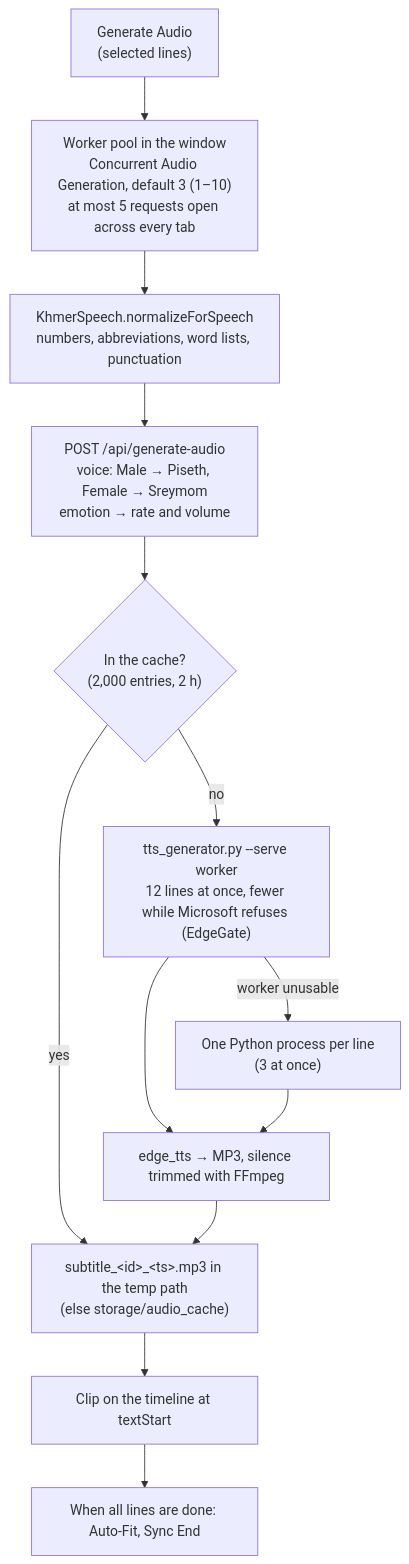
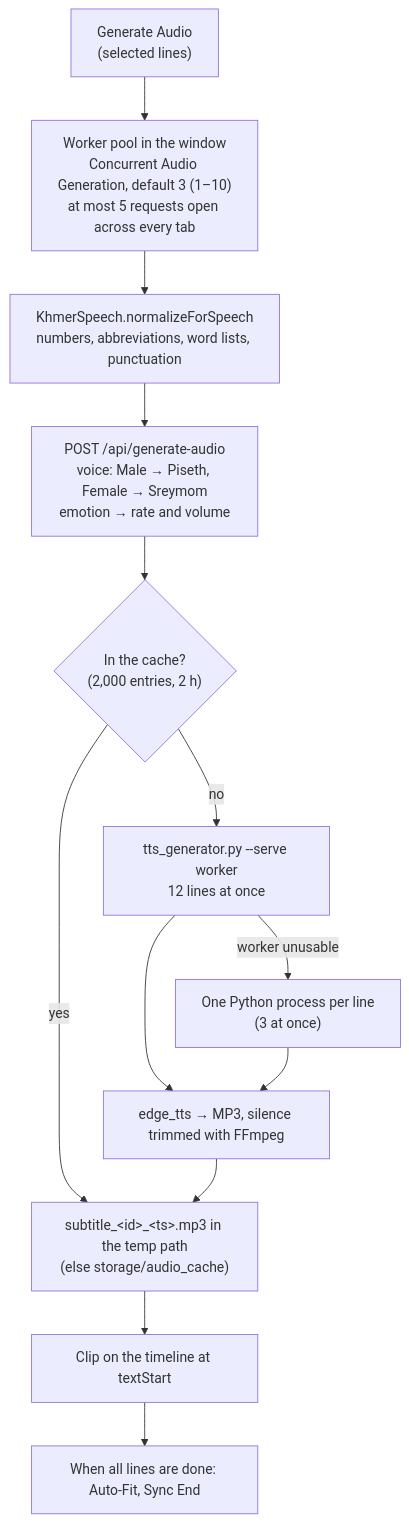
One commit to chhordalim14/dr-dubber changed the eighth of 14 diagrams in docs/ARCHITECTURE.md. Above: the diagram before and after it, drawn with Mermaid. The commit also changed other lines of this file and 4 other files, not shown here.

````diff
--- a/docs/ARCHITECTURE.md
+++ b/docs/ARCHITECTURE.md
@@ -548,15 +548,15 @@
 ```mermaid
 flowchart TD
     A["Generate Audio<br/>(selected lines)"] --> B["Worker pool in the window<br/>Concurrent Audio Generation, default 3 (1–10)<br/>at most 5 requests open across every tab"]
     B --> C["KhmerSpeech.normalizeForSpeech<br/>numbers, abbreviations, word lists, punctuation"]
     C --> D["POST /api/generate-audio<br/>voice: Male → Piseth, Female → Sreymom<br/>emotion → rate and volume"]
     D --> E{"In the cache?<br/>(2,000 entries, 2 h)"}
     E -- yes --> H
-    E -- no --> F["tts_generator.py --serve worker<br/>12 lines at once, fewer while Microsoft refuses (EdgeGate)"]
+    E -- no --> F["tts_generator.py --serve worker<br/>12 lines at once"]
     F -- "worker unusable" --> F2["One Python process per line<br/>(3 at once)"]
     F --> G["edge_tts → MP3, silence trimmed with FFmpeg"]
     F2 --> G
     G --> H["subtitle_&lt;id&gt;_&lt;ts&gt;.mp3 in the temp path<br/>(else storage/audio_cache)"]
     H --> I["Clip on the timeline at textStart"]
     I --> J["When all lines are done: Auto-Fit, Sync End"]
 ```
````
